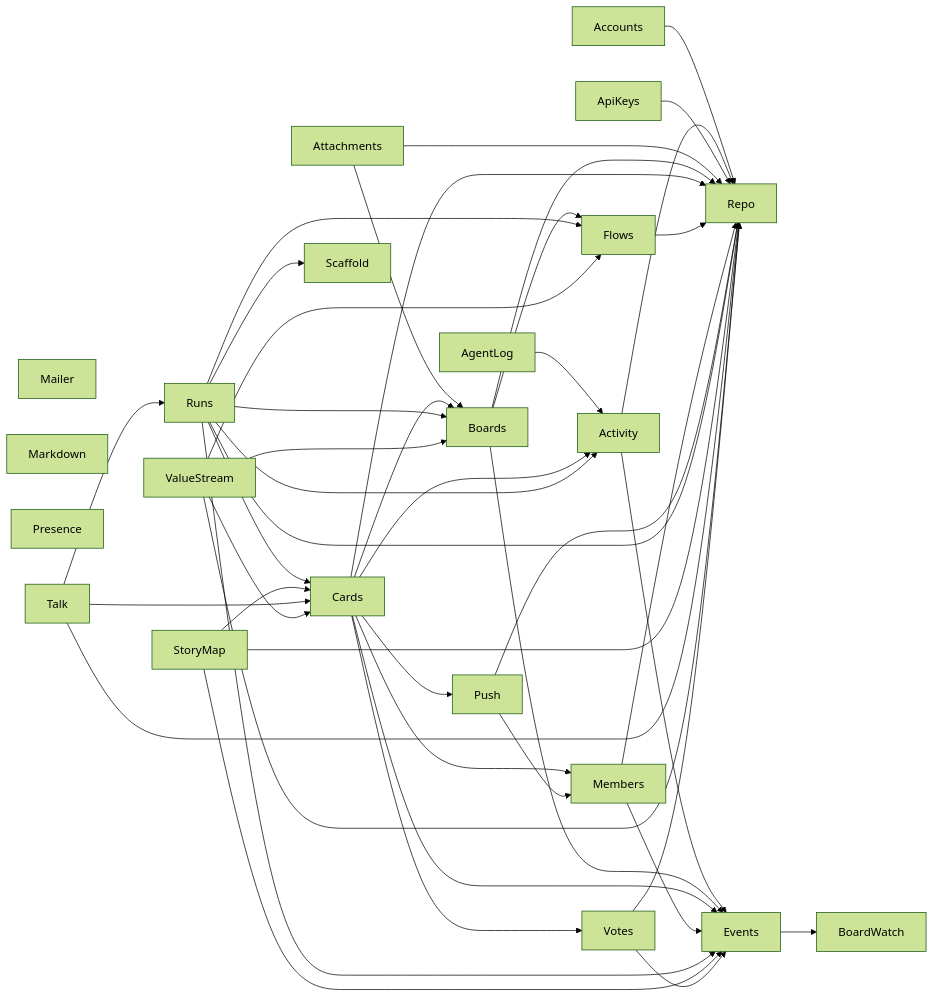
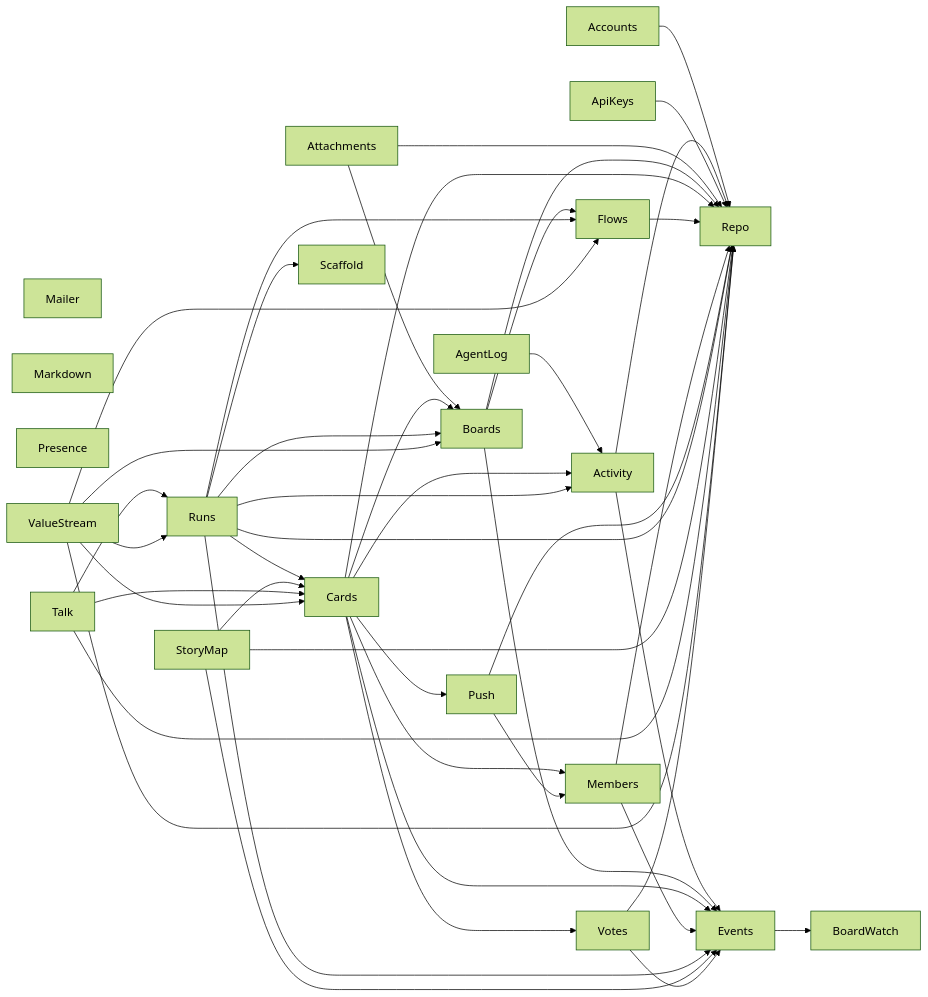
Before and after one commit to jeremylightsmith/relay: the second of 2 diagrams in docs/architecture/deps.md, drawn with Mermaid (forest theme). The commit also changed 5 other files, not shown here.

Commit message:
RE146: ValueStream.stream_summary/2 + flow_agent_secs/3; docs

````diff
--- a/docs/architecture/deps.md
+++ b/docs/architecture/deps.md
@@ -29,48 +29,49 @@
 ```mermaid
 flowchart LR
     Mailer
     Markdown
     Presence
     Accounts --> Repo
     Activity --> Events
     Activity --> Repo
     AgentLog --> Activity
     ApiKeys --> Repo
     Attachments --> Boards
     Attachments --> Repo
     Boards --> Events
     Boards --> Flows
     Boards --> Repo
     Cards --> Activity
     Cards --> Boards
     Cards --> Events
     Cards --> Members
     Cards --> Push
     Cards --> Repo
     Cards --> Votes
     Events --> BoardWatch
     Flows --> Repo
     Members --> Events
     Members --> Repo
     Push --> Members
     Push --> Repo
     Runs --> Activity
     Runs --> Boards
     Runs --> Cards
     Runs --> Events
     Runs --> Flows
     Runs --> Repo
     Runs --> Scaffold
     StoryMap --> Cards
     StoryMap --> Events
     StoryMap --> Repo
     Talk --> Cards
     Talk --> Repo
     Talk --> Runs
     ValueStream --> Boards
     ValueStream --> Cards
     ValueStream --> Flows
     ValueStream --> Repo
+    ValueStream --> Runs
     Votes --> Events
     Votes --> Repo
 ```
````
